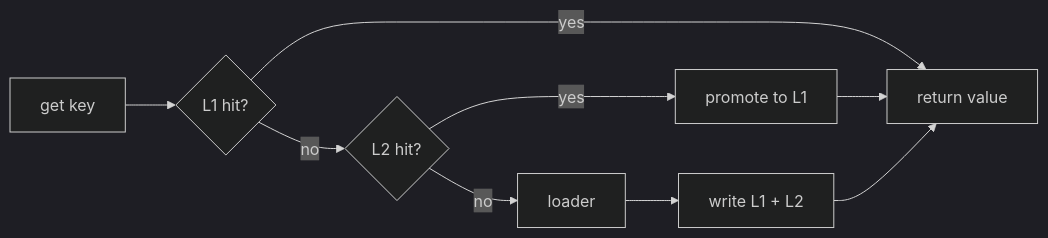
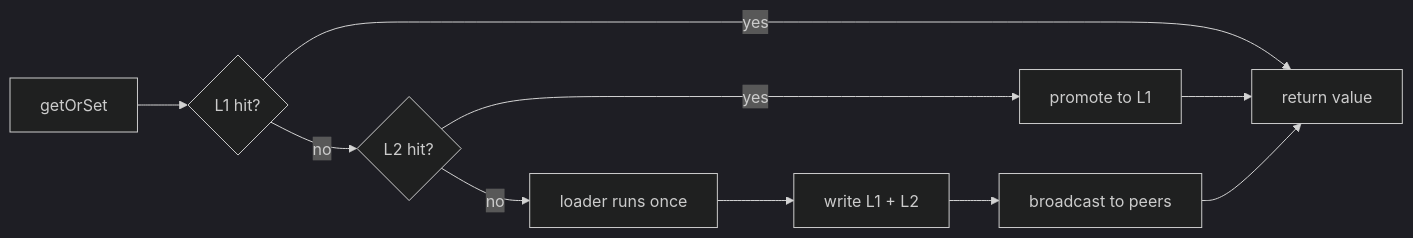
Before and after one commit to Amon20044/LazyLayers: the diagram in docs/index.mdx, drawn with Mermaid (dark theme). The commit also changed other lines of this file and 5 other files, not shown here.

````diff
--- a/docs/index.mdx
+++ b/docs/index.mdx
@@ -29,8 +95,8 @@
 ```mermaid
 flowchart LR
-    A[get key] --> B{L1 hit?}
+    A[getOrSet] --> B{L1 hit?}
     B -->|yes| R[return value]
     B -->|no| C{L2 hit?}
     C -->|yes| P[promote to L1] --> R
-    C -->|no| L[loader] --> W[write L1 + L2] --> R
+    C -->|no| L[loader runs once] --> W[write L1 + L2] --> BC[broadcast to peers] --> R
 ```
````
